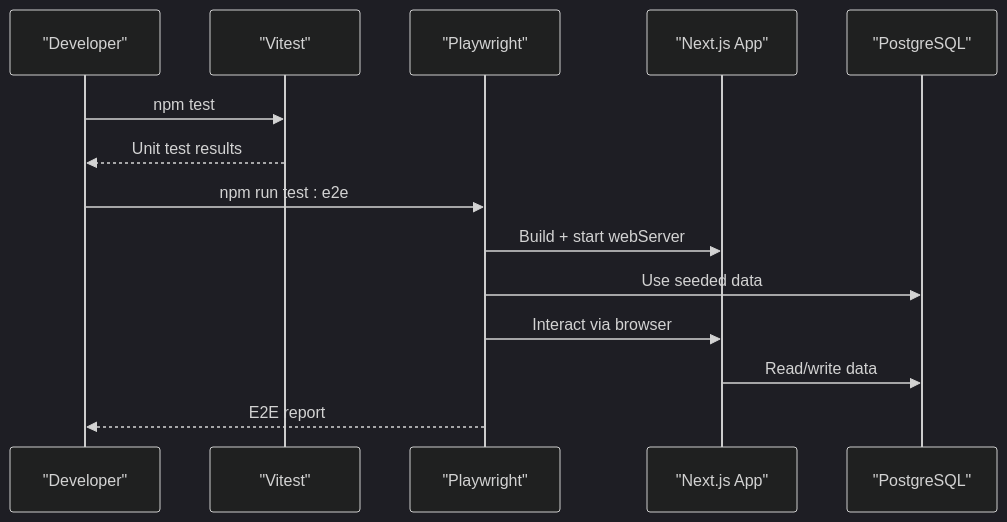
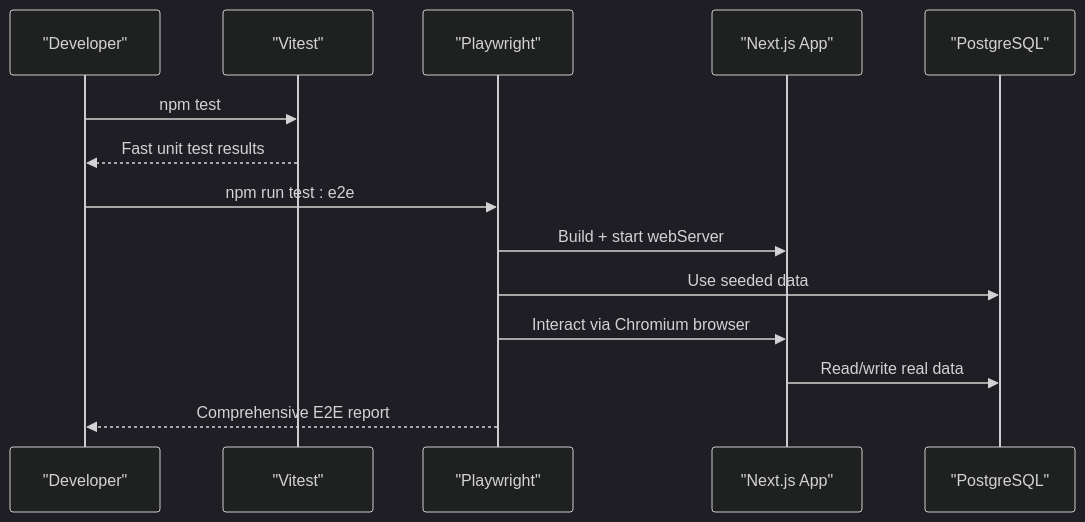
Before and after one commit to gyamposudodzi/Timberland: the second of 8 diagrams in .qoder/repowiki/en/content/Testing Guide.md, drawn with Mermaid (dark theme). The commit also changed other lines of this file and 87 other files, not shown here.

````diff
--- a/.qoder/repowiki/en/content/Testing Guide.md
+++ b/.qoder/repowiki/en/content/Testing Guide.md
@@ -120,16 +129,16 @@
 ```mermaid
 sequenceDiagram
 participant Dev as "Developer"
 participant V as "Vitest"
 participant Pw as "Playwright"
 participant App as "Next.js App"
 participant DB as "PostgreSQL"
 Dev->>V : npm test
-V-->>Dev : Unit test results
+V-->>Dev : Fast unit test results
 Dev->>Pw : npm run test : e2e
 Pw->>App : Build + start webServer
 Pw->>DB : Use seeded data
-Pw->>App : Interact via browser
-App->>DB : Read/write data
-Pw-->>Dev : E2E report
+Pw->>App : Interact via Chromium browser
+App->>DB : Read/write real data
+Pw-->>Dev : Comprehensive E2E report
 ```
````
